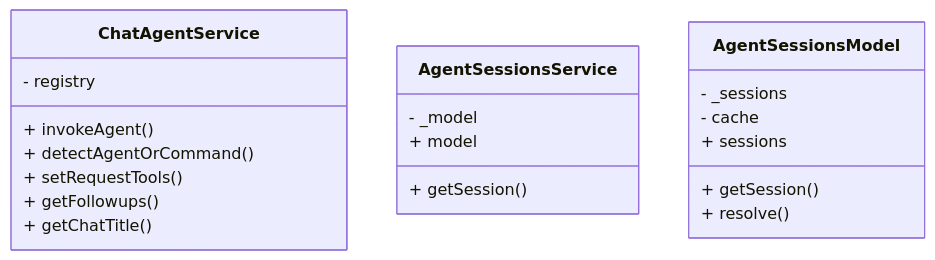
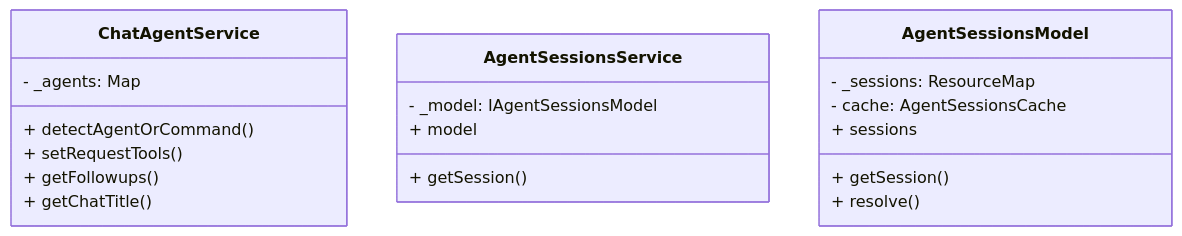
One commit to tamuratak/vscode changed the second of 4 diagrams in living_doc/agentbackground.md. Above: the diagram before and after it, drawn with Mermaid. The commit also changed other lines of this file, not shown here.

Commit message:
Refactor class diagrams in agent background documentation for improved clarity and type definitions

````diff
--- a/living_doc/agentbackground.md
+++ b/living_doc/agentbackground.md
@@ -62,23 +63,22 @@
 ```mermaid
 classDiagram
 class ChatAgentService {
-	- registry
-	+ invokeAgent()
+	- _agents: Map<string, IChatAgentEntry>
 	+ detectAgentOrCommand()
 	+ setRequestTools()
 	+ getFollowups()
 	+ getChatTitle()
 }
 class AgentSessionsService {
-	- _model
+	- _model: IAgentSessionsModel
 	+ model
 	+ getSession()
 }
 class AgentSessionsModel {
-	- _sessions
-	- cache
+	- _sessions: ResourceMap<IInternalAgentSession>
+	- cache: AgentSessionsCache
 	+ sessions
 	+ getSession()
 	+ resolve()
 }
 ```
````
